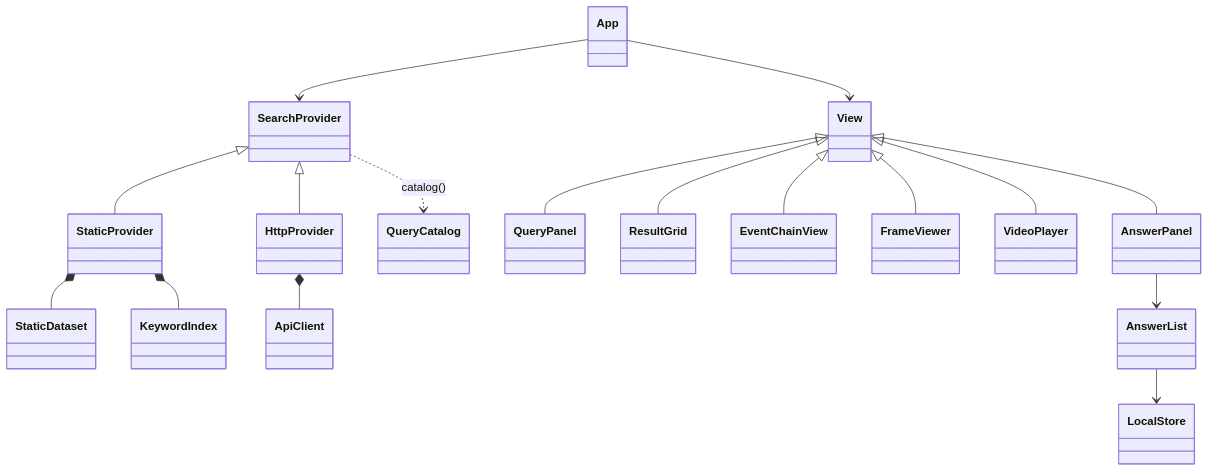
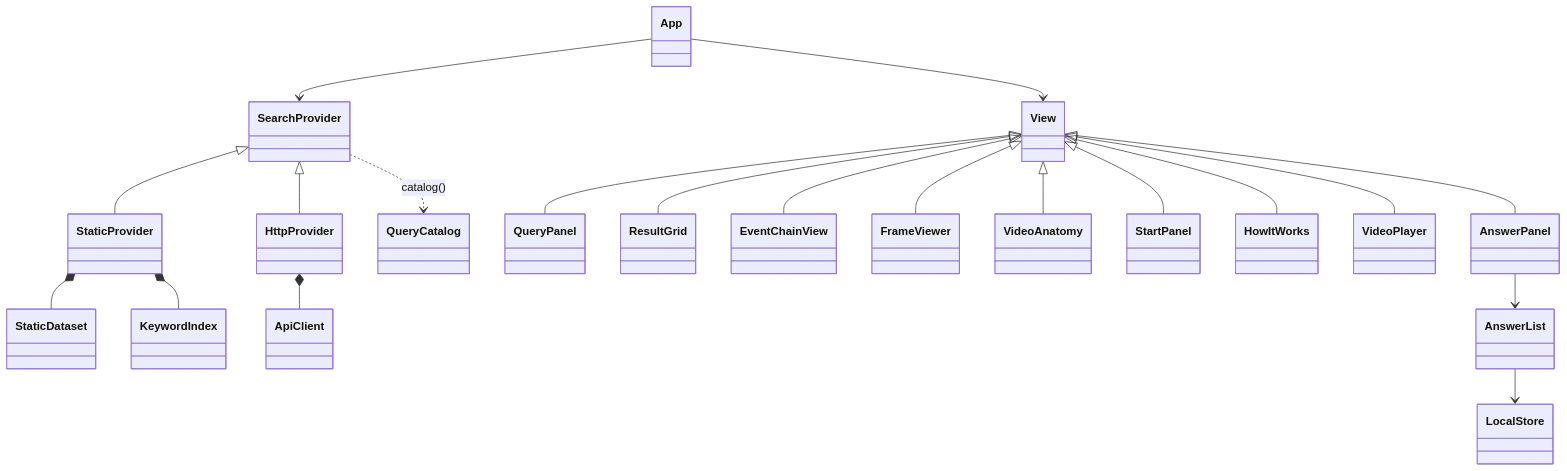
The second of 2 diagrams in docs/architecture.md (dinhqhuy7/HCM-AIChallenge2026-VideoRetrieval), drawn with Mermaid before and after one commit. The commit also changed other lines of this file and 37 other files, not shown here.

First line of the commit message:
Redesign the demo and show how it works

````diff
--- a/docs/architecture.md
+++ b/docs/architecture.md
@@ -37,19 +37,22 @@
 ```mermaid
 classDiagram
   SearchProvider <|-- StaticProvider
   SearchProvider <|-- HttpProvider
   StaticProvider *-- StaticDataset
   StaticProvider *-- KeywordIndex
   SearchProvider ..> QueryCatalog : catalog()
   HttpProvider *-- ApiClient
   View <|-- QueryPanel
   View <|-- ResultGrid
   View <|-- EventChainView
   View <|-- FrameViewer
+  View <|-- VideoAnatomy
+  View <|-- StartPanel
+  View <|-- HowItWorks
   View <|-- VideoPlayer
   View <|-- AnswerPanel
   App --> SearchProvider
   App --> View
   AnswerPanel --> AnswerList
   AnswerList --> LocalStore
 ```
````
